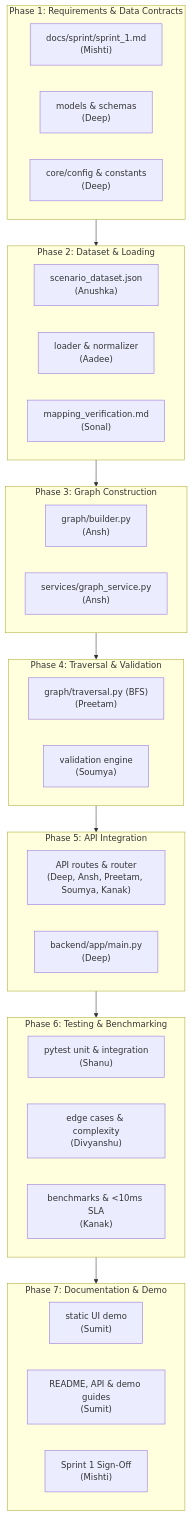
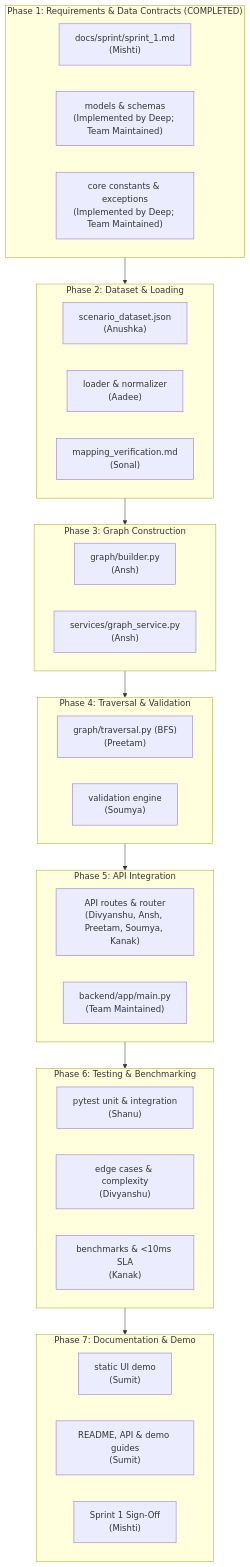
One commit to deepsandilya01/EPAM-SPRINTS changed the diagram in docs/team/SPRINT_1_EXECUTION_PLAN.md. Above: the diagram before and after it, drawn with Mermaid. The commit also changed other lines of this file and 64 other files, not shown here.

First line of the commit message:
feat(sprint-1): implement graph domain models and API schemas Add structured domain models for supply chain nodes, edges, and graph representation.

````diff
--- a/docs/team/SPRINT_1_EXECUTION_PLAN.md
+++ b/docs/team/SPRINT_1_EXECUTION_PLAN.md
@@ -250,48 +252,48 @@
 ```mermaid
 flowchart TD
-    subgraph P1["Phase 1: Requirements & Data Contracts"]
+    subgraph P1["Phase 1: Requirements & Data Contracts (COMPLETED)"]
         P1_Req["docs/sprint/sprint_1.md<br/>(Mishti)"]
-        P1_Mod["models & schemas<br/>(Deep)"]
-        P1_Cfg["core/config & constants<br/>(Deep)"]
+        P1_Mod["models & schemas<br/>(Implemented by Deep; Team Maintained)"]
+        P1_Cfg["core constants & exceptions<br/>(Implemented by Deep; Team Maintained)"]
     end
 
     subgraph P2["Phase 2: Dataset & Loading"]
         P2_Data["scenario_dataset.json<br/>(Anushka)"]
         P2_Load["loader & normalizer<br/>(Aadee)"]
         P2_Map["mapping_verification.md<br/>(Sonal)"]
     end
 
     subgraph P3["Phase 3: Graph Construction"]
         P3_Bld["graph/builder.py<br/>(Ansh)"]
         P3_Svc["services/graph_service.py<br/>(Ansh)"]
     end
 
     subgraph P4["Phase 4: Traversal & Validation"]
         P4_Trav["graph/traversal.py (BFS)<br/>(Preetam)"]
         P4_Val["validation engine<br/>(Soumya)"]
     end
 
     subgraph P5["Phase 5: API Integration"]
-        P5_API["API routes & router<br/>(Deep, Ansh, Preetam, Soumya, Kanak)"]
-        P5_Main["backend/app/main.py<br/>(Deep)"]
+        P5_API["API routes & router<br/>(Divyanshu, Ansh, Preetam, Soumya, Kanak)"]
+        P5_Main["backend/app/main.py<br/>(Team Maintained)"]
     end
 
     subgraph P6["Phase 6: Testing & Benchmarking"]
         P6_Test["pytest unit & integration<br/>(Shanu)"]
         P6_Edge["edge cases & complexity<br/>(Divyanshu)"]
         P6_Bench["benchmarks & <10ms SLA<br/>(Kanak)"]
     end
 
     subgraph P7["Phase 7: Documentation & Demo"]
         P7_Demo["static UI demo<br/>(Sumit)"]
         P7_Docs["README, API & demo guides<br/>(Sumit)"]
         P7_Signoff["Sprint 1 Sign-Off<br/>(Mishti)"]
     end
 
     P1 --> P2
     P2 --> P3
     P3 --> P4
     P4 --> P5
     P5 --> P6
     P6 --> P7
 ```
````
